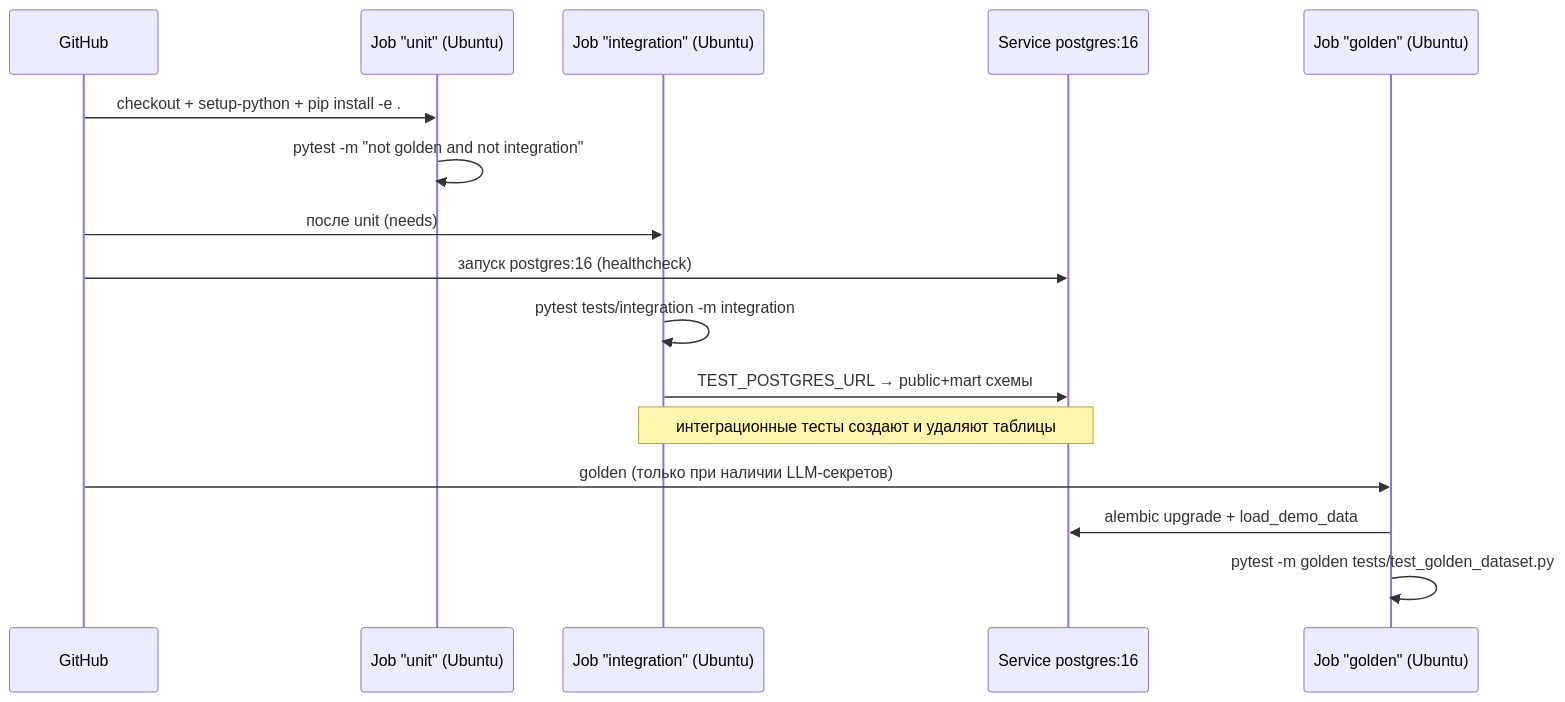
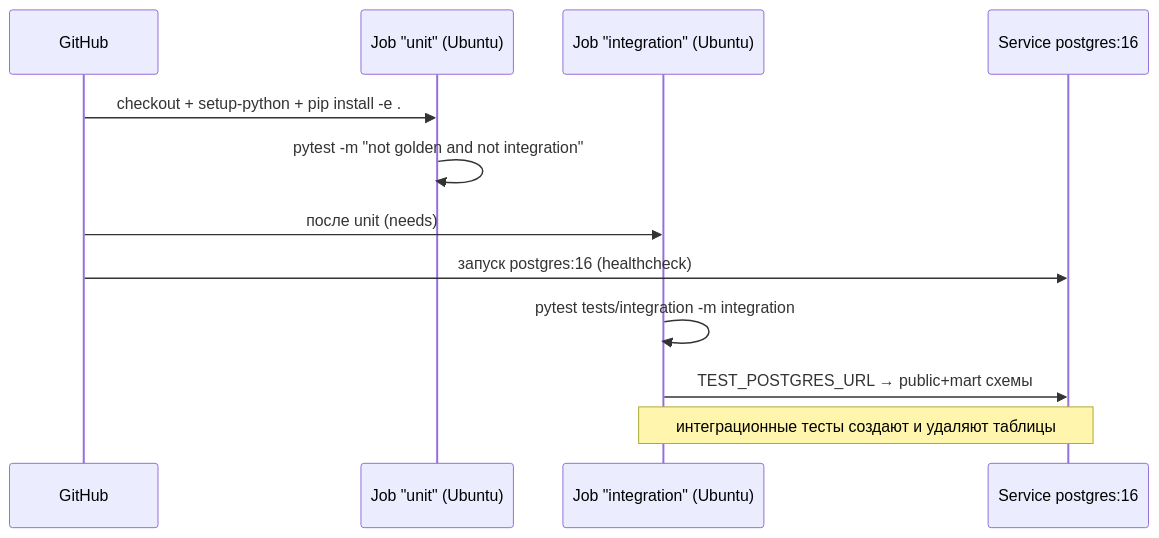
One commit to kostIT13/EVRAZ_ExcelAgent changed the diagram in diagrams/ci_cd_sequence.mmd. Above: the diagram before and after it, drawn with Mermaid. The commit also changed 6 other files, not shown here.

Commit message:
delete ci golden dataset

```diff
--- a/diagrams/ci_cd_sequence.mmd
+++ b/diagrams/ci_cd_sequence.mmd
@@ -1,17 +1,13 @@
 sequenceDiagram
     participant GH as GitHub
     participant UJ as Job "unit" (Ubuntu)
     participant IJ as Job "integration" (Ubuntu)
     participant PG as Service postgres:16
-    participant GJ as Job "golden" (Ubuntu)
 
     GH->>UJ: checkout + setup-python + pip install -e .
     UJ->>UJ: pytest -m "not golden and not integration"
     GH->>IJ: после unit (needs)
     GH->>PG: запуск postgres:16 (healthcheck)
     IJ->>IJ: pytest tests/integration -m integration
     IJ->>PG: TEST_POSTGRES_URL → public+mart схемы
     Note over IJ,PG: интеграционные тесты создают и удаляют таблицы
-    GH->>GJ: golden (только при наличии LLM-секретов)
-    GJ->>PG: alembic upgrade + load_demo_data
-    GJ->>GJ: pytest -m golden tests/test_golden_dataset.py
```
